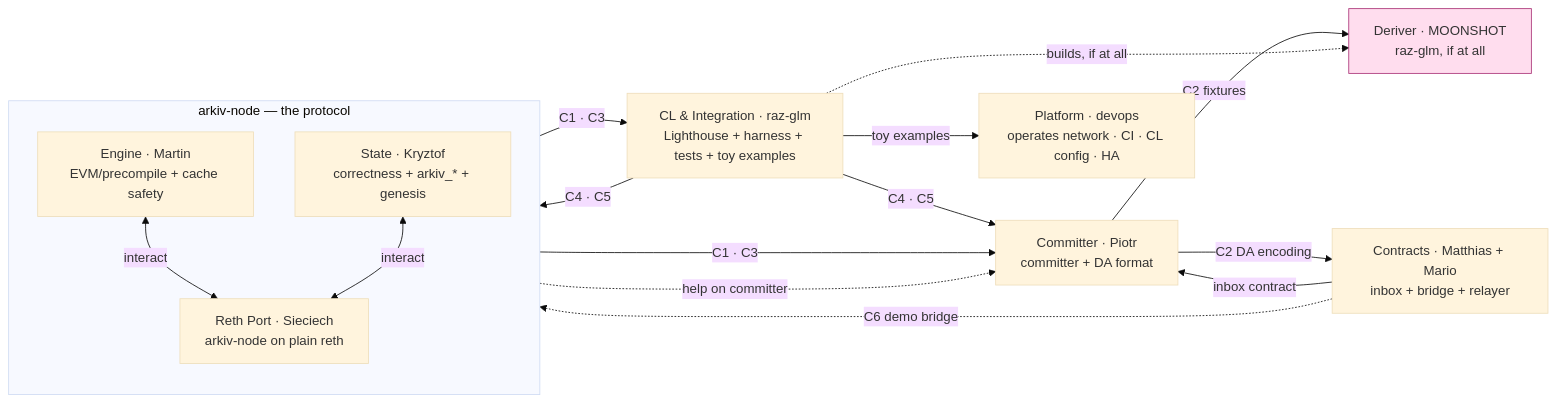
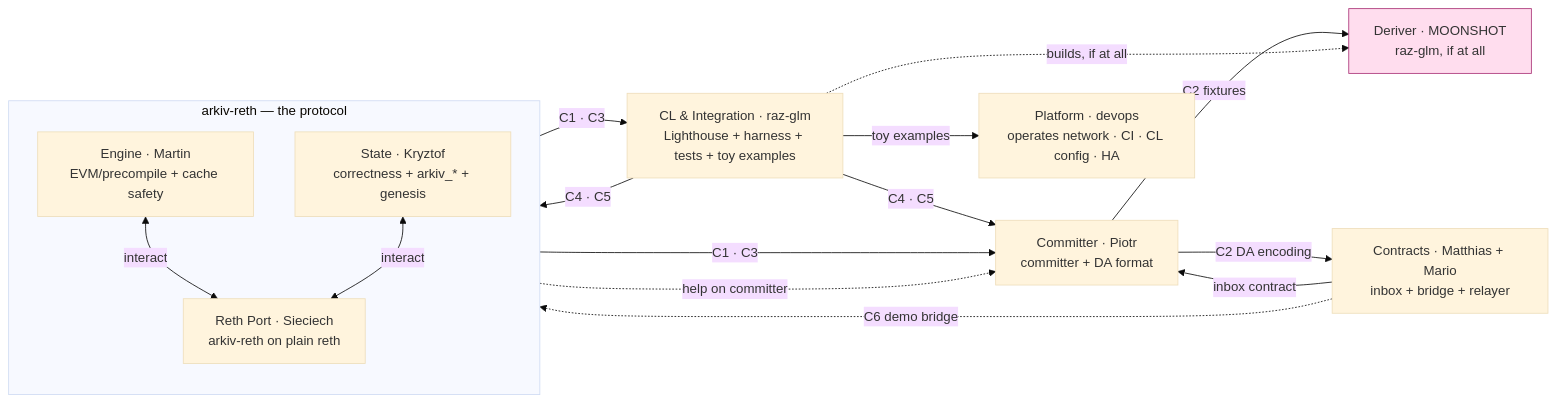
Before and after one commit to Arkiv-Network/arkiv: the seventh of 7 diagrams in docs/september-action-plan.md, drawn with Mermaid (base theme). The commit also changed other lines of this file, not shown here.

Commit message:
docs: rename arkiv-node to arkiv-reth in the September action plan (#54)

````diff
--- a/docs/september-action-plan.md
+++ b/docs/september-action-plan.md
@@ -335,29 +335,29 @@
 ```mermaid
 graph LR
-  subgraph NODE["arkiv-node — the protocol"]
+  subgraph NODE["arkiv-reth — the protocol"]
     direction TB
-    SI["Reth Port · Sieciech<br/>arkiv-node on plain reth"]
+    SI["Reth Port · Sieciech<br/>arkiv-reth on plain reth"]
     M["Engine · Martin<br/>EVM/precompile + cache safety"]
     K["State · Kryztof<br/>correctness + arkiv_* + genesis"]
     M <-->|interact| SI
     K <-->|interact| SI
   end
   P["Committer · Piotr<br/>committer + DA format"]
   R["CL & Integration · raz-glm<br/>Lighthouse + harness + tests + toy examples"]
   PL["Platform · devops<br/>operates network · CI · CL config · HA"]
   SC["Contracts · Matthias + Mario<br/>inbox + bridge + relayer"]
   D["Deriver · MOONSHOT<br/>raz-glm, if at all"]
   NODE -->|C1 · C3| P
   NODE -->|C1 · C3| R
   NODE -.->|help on committer| P
   SC -->|inbox contract| P
   P -->|C2 DA encoding| SC
   P -->|C2 fixtures| D
   R -->|C4 · C5| P
   R -->|C4 · C5| NODE
   R -->|toy examples| PL
   R -.->|builds, if at all| D
   SC -.->|C6 demo bridge| NODE
   classDef m fill:#fde,stroke:#a37;
   class D m;
 ```
````
